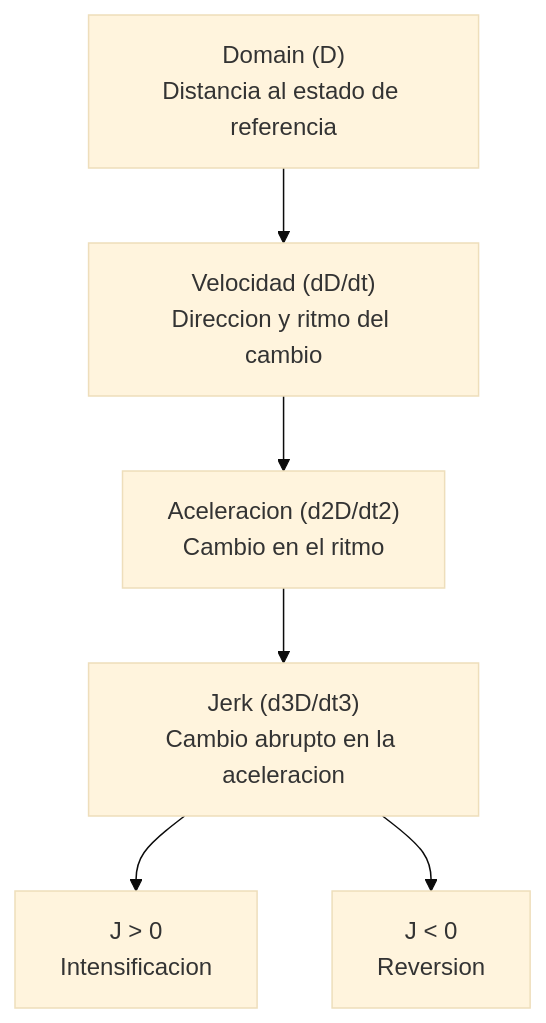
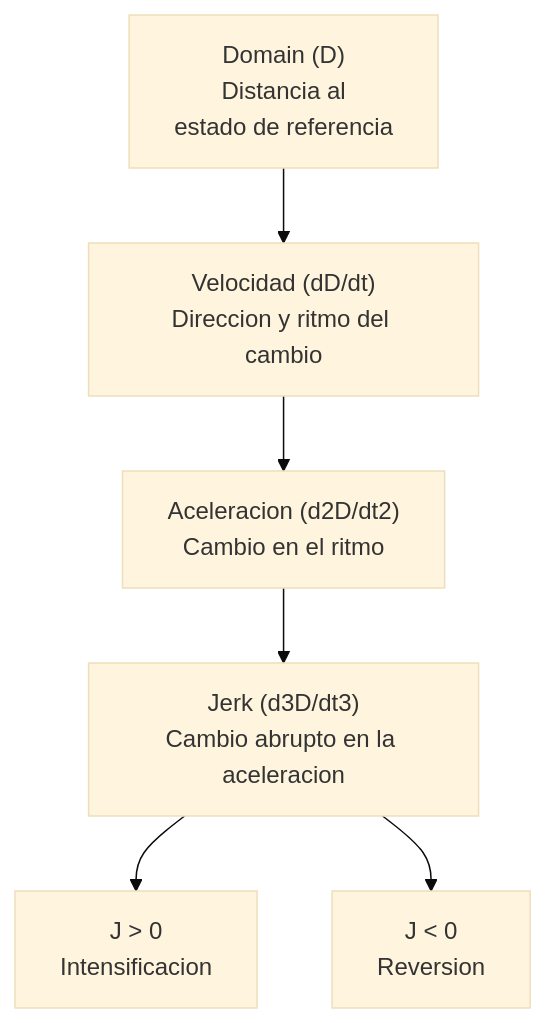
Before and after one commit to CIT-UAI/Book-MRCT: the first of 3 diagrams in jerk.qmd, drawn with Mermaid (base theme). The commit also changed other lines of this file and 9 other files, not shown here.

Commit message:
fix diagramas

````diff
--- a/jerk.qmd
+++ b/jerk.qmd
@@ -41,10 +41,10 @@
 ```{mermaid}
 %%| label: fig-derivadas-jerk
 %%| fig-cap: "Derivadas temporales usadas para interpretar cambios abruptos en la trayectoria ecosistémica."
 flowchart TB
-  D["Domain (D)<br/>Distancia al estado de referencia"] --> V["Velocidad (dD/dt)<br/>Direccion y ritmo del cambio"]
+  D["Domain (D)<br/>Distancia al <br/>estado de referencia"] --> V["Velocidad (dD/dt)<br/>Direccion y ritmo del cambio"]
   V --> A["Aceleracion (d2D/dt2)<br/>Cambio en el ritmo"]
   A --> J["Jerk (d3D/dt3)<br/>Cambio abrupto en la aceleracion"]
   J --> I["J > 0<br/>Intensificacion"]
   J --> R["J < 0<br/>Reversion"]
 ```
````
